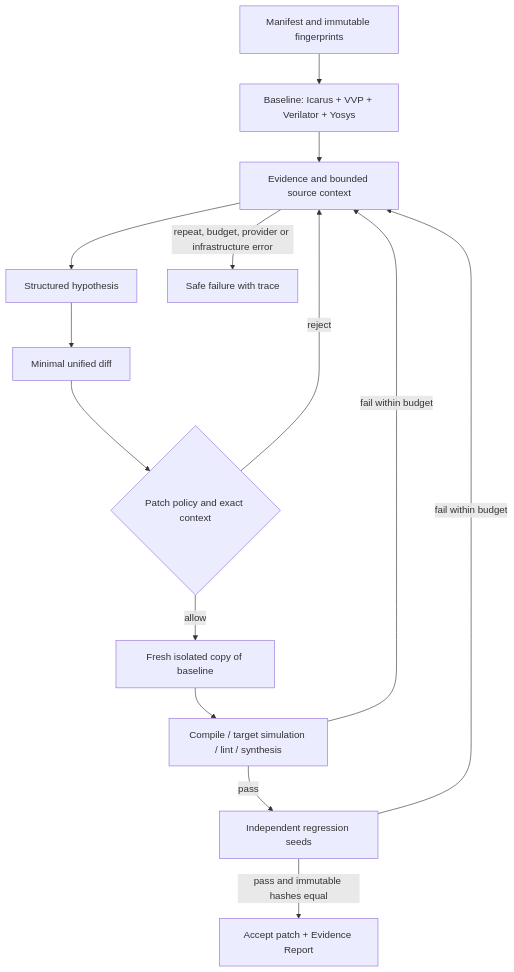
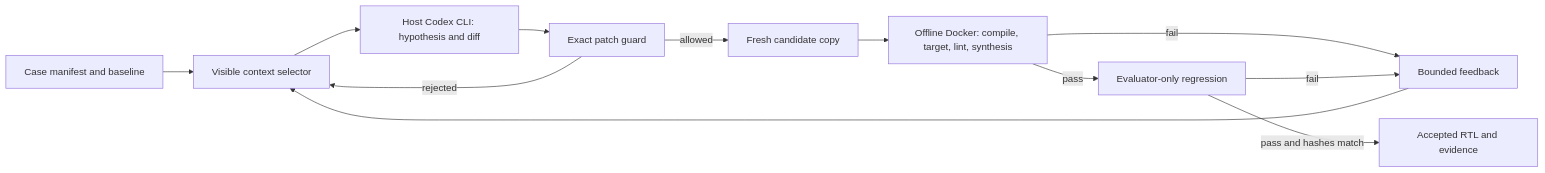
Before and after one commit to CodingBot000/semidebug_agent: the diagram in docs/architecture.mmd, drawn with Mermaid. The commit also changed 522 other files, not shown here.

```diff
--- a/docs/architecture.mmd
+++ b/docs/architecture.mmd
@@ -1,14 +1,12 @@
-flowchart TD
-    A[Manifest and immutable fingerprints] --> B[Baseline: Icarus + VVP + Verilator + Yosys]
-    B --> C[Evidence and bounded source context]
-    C --> D[Structured hypothesis]
-    D --> E[Minimal unified diff]
-    E --> F{Patch policy and exact context}
-    F -->|reject| C
-    F -->|allow| G[Fresh isolated copy of baseline]
-    G --> H[Compile / target simulation / lint / synthesis]
-    H -->|fail within budget| C
-    H -->|pass| I[Independent regression seeds]
-    I -->|fail within budget| C
-    I -->|pass and immutable hashes equal| J[Accept patch + Evidence Report]
-    C -->|repeat, budget, provider or infrastructure error| K[Safe failure with trace]
+flowchart LR
+    A[Case manifest and baseline] --> B[Visible context selector]
+    B --> C[Host Codex CLI: hypothesis and diff]
+    C --> D[Exact patch guard]
+    D -->|allowed| E[Fresh candidate copy]
+    D -->|rejected| B
+    E --> F[Offline Docker: compile, target, lint, synthesis]
+    F -->|pass| G[Evaluator-only regression]
+    F -->|fail| H[Bounded feedback]
+    G -->|fail| H
+    H --> B
+    G -->|pass and hashes match| I[Accepted RTL and evidence]
```
